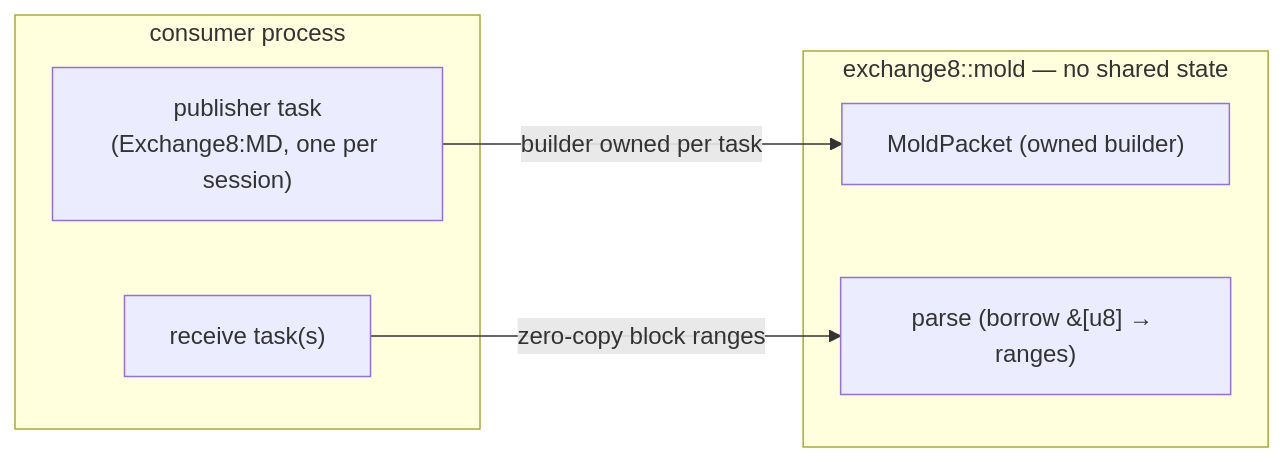
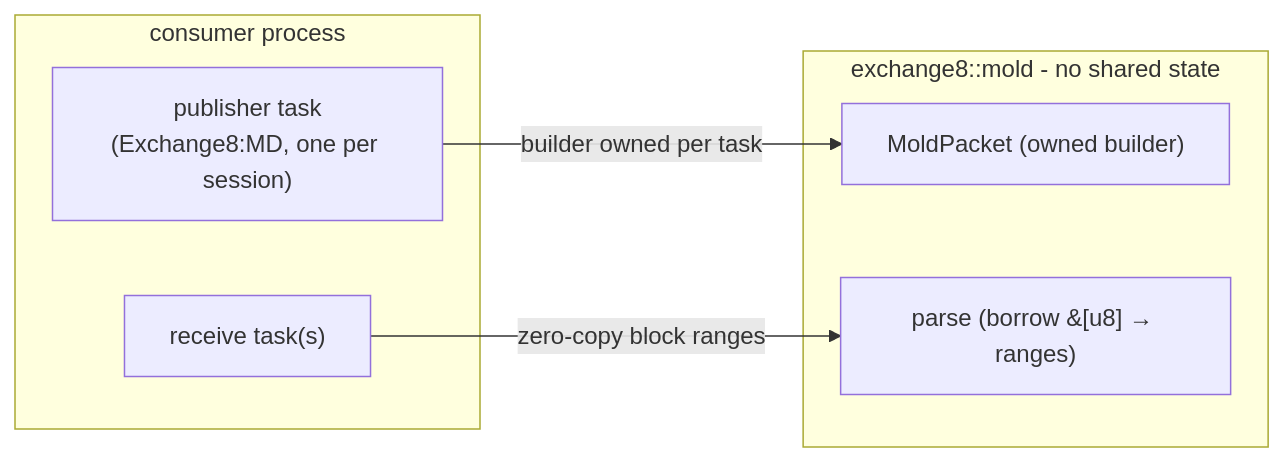
One commit to Exchange8-dev/exchange8-sdk changed the seventh of 8 diagrams in crates/mold/DESIGN.md. Above: the diagram before and after it, drawn with Mermaid. The commit also changed other lines of this file and 60 other files, not shown here.

````diff
--- a/crates/mold/DESIGN.md
+++ b/crates/mold/DESIGN.md
@@ -285,13 +285,13 @@
 ```mermaid
 graph LR
     subgraph CONSUMER["consumer process"]
         PT["publisher task<br/>(Exchange8:MD, one per session)"]
         RT["receive task(s)"]
     end
-    subgraph LIB["exchange8::mold — no shared state"]
+    subgraph LIB["exchange8::mold - no shared state"]
         BLD["MoldPacket (owned builder)"]
         FNP["parse (borrow &[u8] → ranges)"]
     end
     PT -->|"builder owned per task"| BLD
     RT -->|"zero-copy block ranges"| FNP
 ```
````
